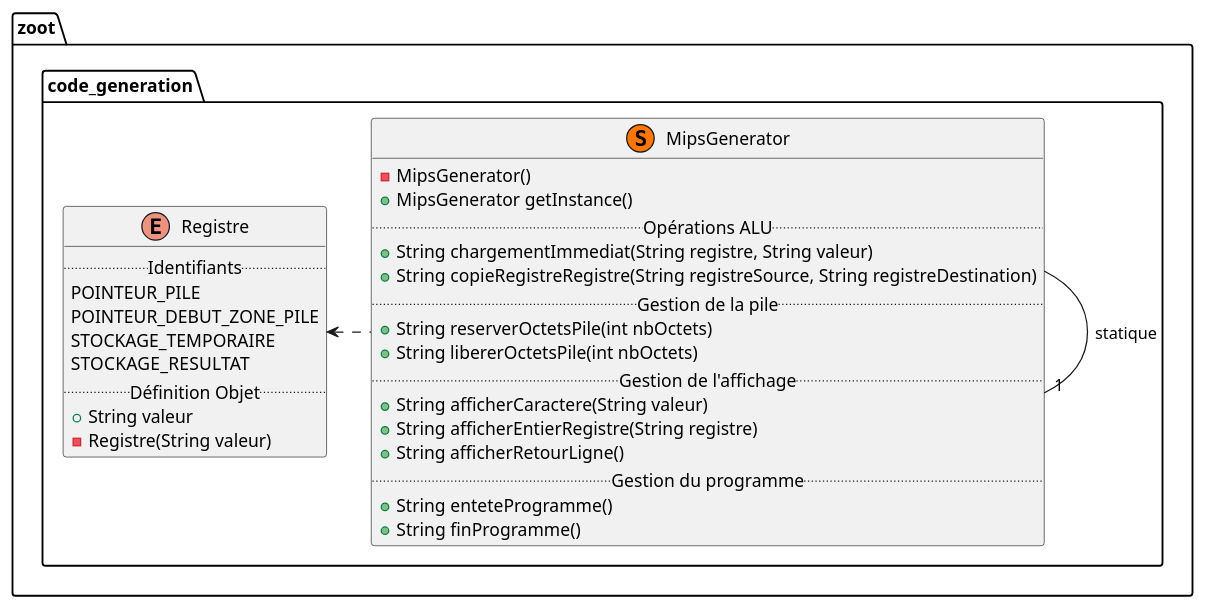
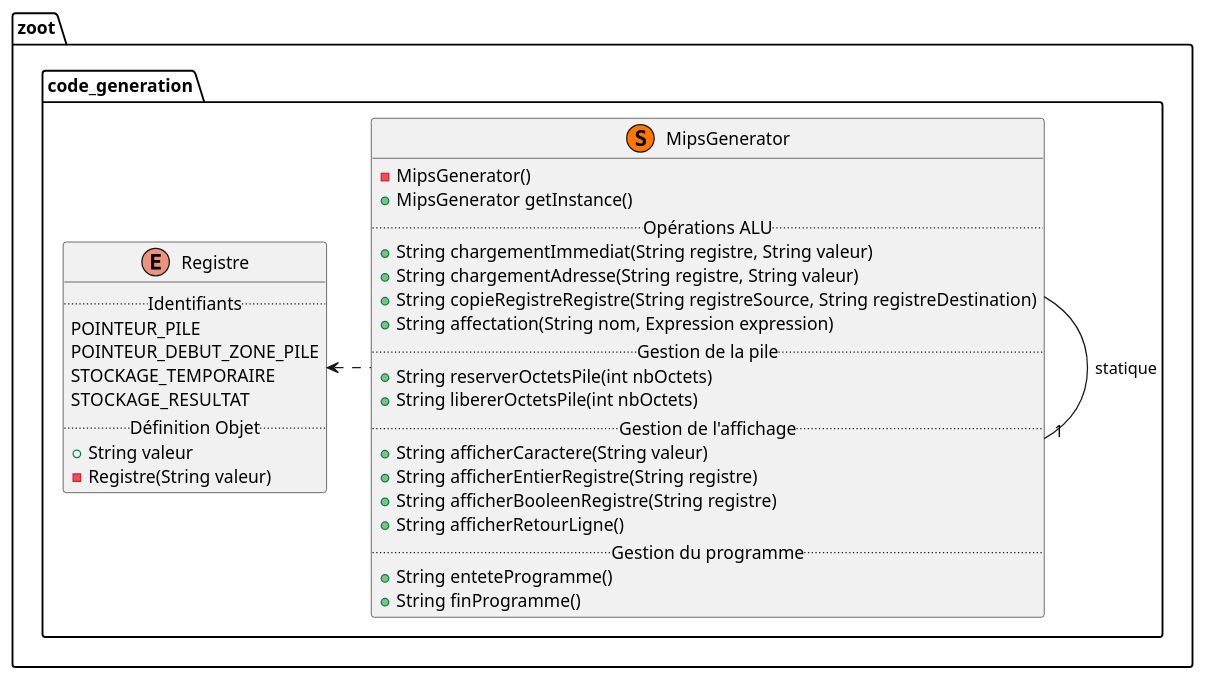
The diagram in diagrammes/classe/code_generation.puml (lmtb06/zoot), drawn with PlantUML before and after one commit. The commit also changed 1 other file, not shown here.

Commit message:
Modifier de code_generation.puml (UML) pour ajouter les fonctions que je pense utile à Zoot1. Avec leurs javadoc et leurs signatures dans la classe associé.

```diff
--- a/diagrammes/classe/code_generation.puml
+++ b/diagrammes/classe/code_generation.puml
@@ -1,40 +1,43 @@
 @startuml "Package code_generation"
 
 namespace zoot.code_generation {
     ' Includes
     ' Classes
     enum Registre{
         .. Identifiants ..
         POINTEUR_PILE
         POINTEUR_DEBUT_ZONE_PILE
         STOCKAGE_TEMPORAIRE
         STOCKAGE_RESULTAT
         .. Définition Objet ..
         + String valeur
         - Registre(String valeur)
     }
 
     class MipsGenerator << (S,#FF7700) >> {
         - MipsGenerator()
         + MipsGenerator getInstance()
         .. Opérations ALU ..
         + String chargementImmediat(String registre, String valeur)
+        + String chargementAdresse(String registre, String valeur)
         + String copieRegistreRegistre(String registreSource, String registreDestination)
+        + String affectation(String nom, Expression expression)
         .. Gestion de la pile ..
         + String reserverOctetsPile(int nbOctets)
         + String libererOctetsPile(int nbOctets)
         .. Gestion de l'affichage ..
         + String afficherCaractere(String valeur)
         + String afficherEntierRegistre(String registre)
+        + String afficherBooleenRegistre(String registre)
         + String afficherRetourLigne()
         .. Gestion du programme ..
         + String enteteProgramme()
         + String finProgramme()
     }
 
     ' Relations entre les classes
     MipsGenerator -right-"1" MipsGenerator : statique
     MipsGenerator .left.> Registre
 
 }
 @enduml
```
